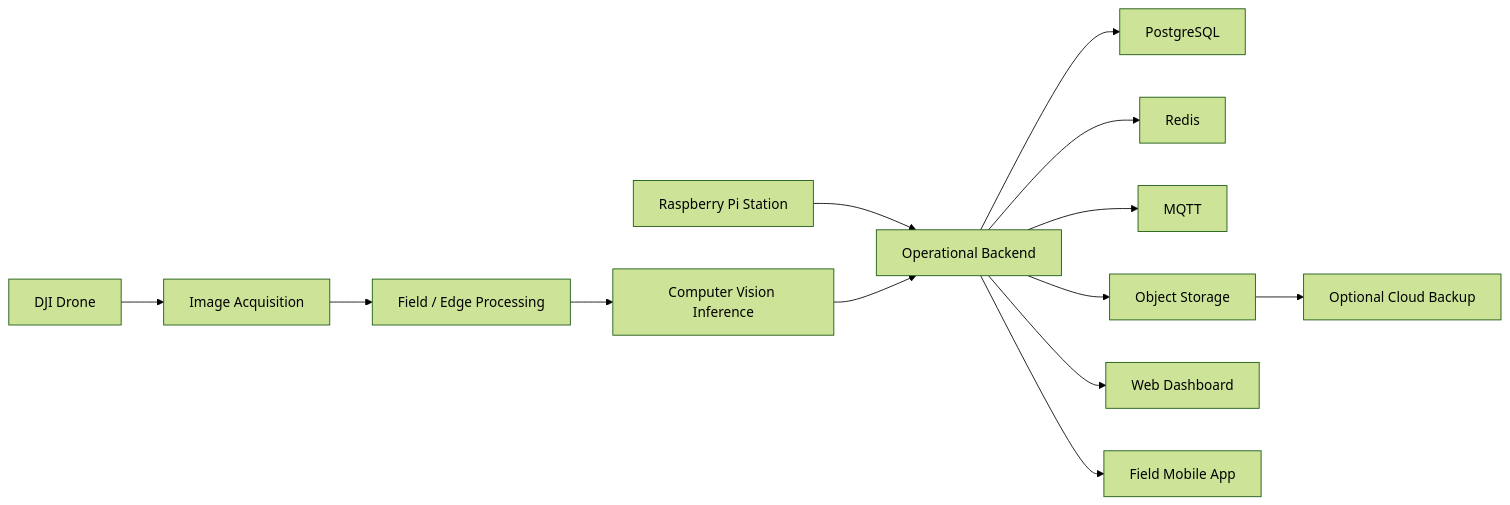
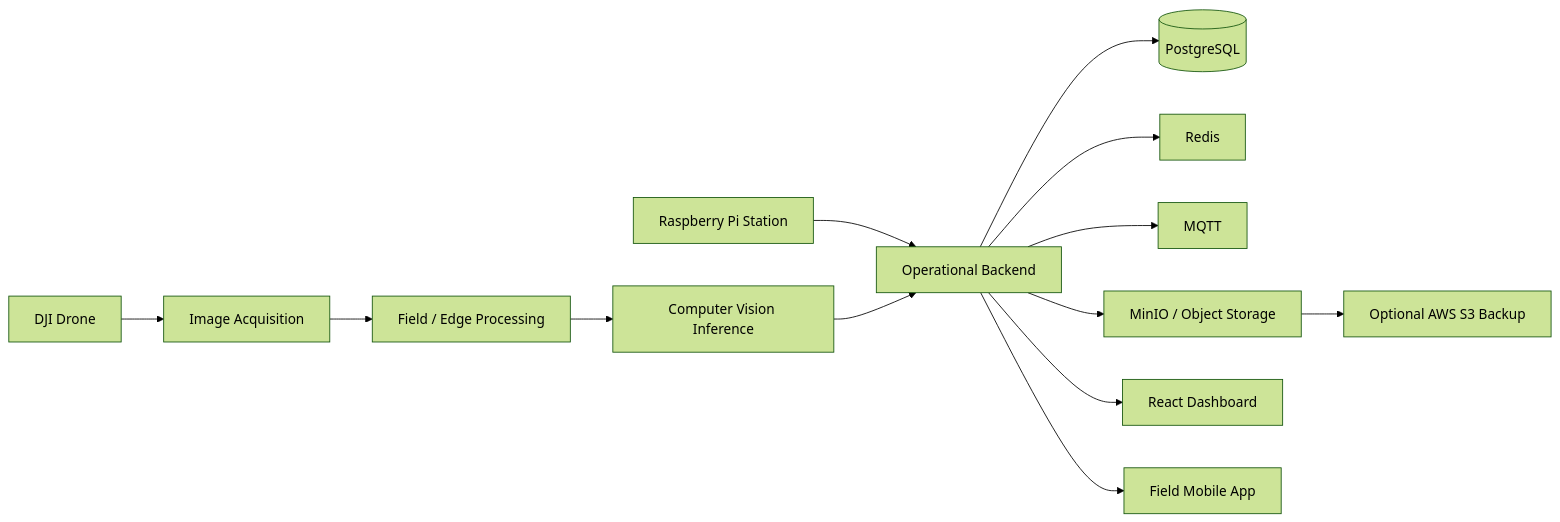
The diagram in README.md (KevinT31/AgroLens-Showcase), drawn with Mermaid (forest theme) before and after one commit. The commit also changed other lines of this file, not shown here.

````diff
--- a/README.md
+++ b/README.md
@@ -36,19 +32,19 @@
 ```mermaid
 flowchart LR
-    Drone[DJI Drone] --> Capture[Image Acquisition]
-    Capture --> Edge[Field / Edge Processing]
-    Edge --> AI[Computer Vision Inference]
+    Drone[DJI Drone] --> Acquisition[Image Acquisition]
+    Acquisition --> Edge[Field / Edge Processing]
+    Edge --> Inference[Computer Vision Inference]
 
     Station[Raspberry Pi Station] --> API[Operational Backend]
-    AI --> API
+    Inference --> API
 
-    API --> DB[PostgreSQL]
+    API --> DB[(PostgreSQL)]
     API --> Cache[Redis]
     API --> Messaging[MQTT]
-    API --> Storage[Object Storage]
+    API --> Storage[MinIO / Object Storage]
 
-    API --> Dashboard[Web Dashboard]
+    API --> Dashboard[React Dashboard]
     API --> Mobile[Field Mobile App]
 
-    Storage --> Cloud[Optional Cloud Backup]
+    Storage --> Cloud[Optional AWS S3 Backup]
 ```
````
